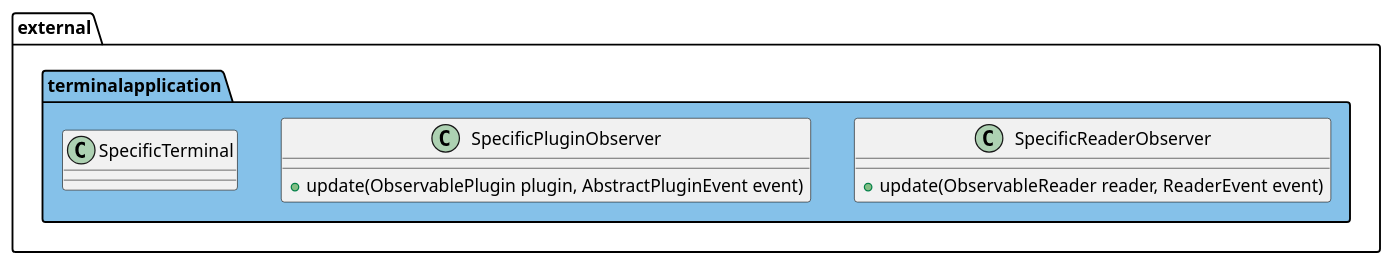
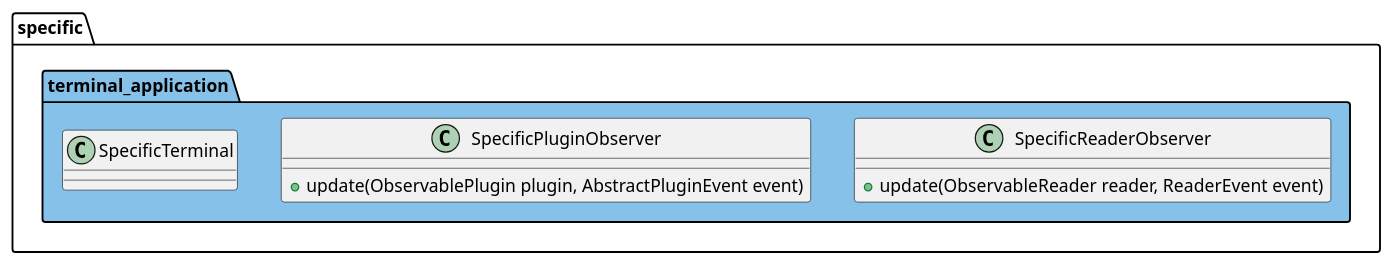
Before and after one commit to calypsonet/keyple: the eighth of 20 diagrams in src/KeypleCoreApi/puml/KeypleCore_Reader_ClassDiag_ClassElements.iuml, drawn with PlantUML. The commit also changed other lines of this file and 34 other files, not shown here.

```diff
--- a/src/KeypleCoreApi/puml/KeypleCore_Reader_ClassDiag_ClassElements.iuml
+++ b/src/KeypleCoreApi/puml/KeypleCore_Reader_ClassDiag_ClassElements.iuml
@@ -88,15 +82,15 @@
 @startuml(id=READER_TERMINALAPPLICATION_1_0_0)
-package external.terminalapplication #85C1E9 {
+package specific.terminal_application #85C1E9 {
   class SpecificTerminal
 
   class SpecificPluginObserver {
     +update(ObservablePlugin plugin, AbstractPluginEvent event)
   }
   class SpecificReaderObserver {
     +update(ObservableReader reader, ReaderEvent event)
   }
 
   SpecificTerminal -right[hidden]--> SpecificPluginObserver
   SpecificPluginObserver -right[hidden]--> SpecificReaderObserver
 }
 @enduml
```
